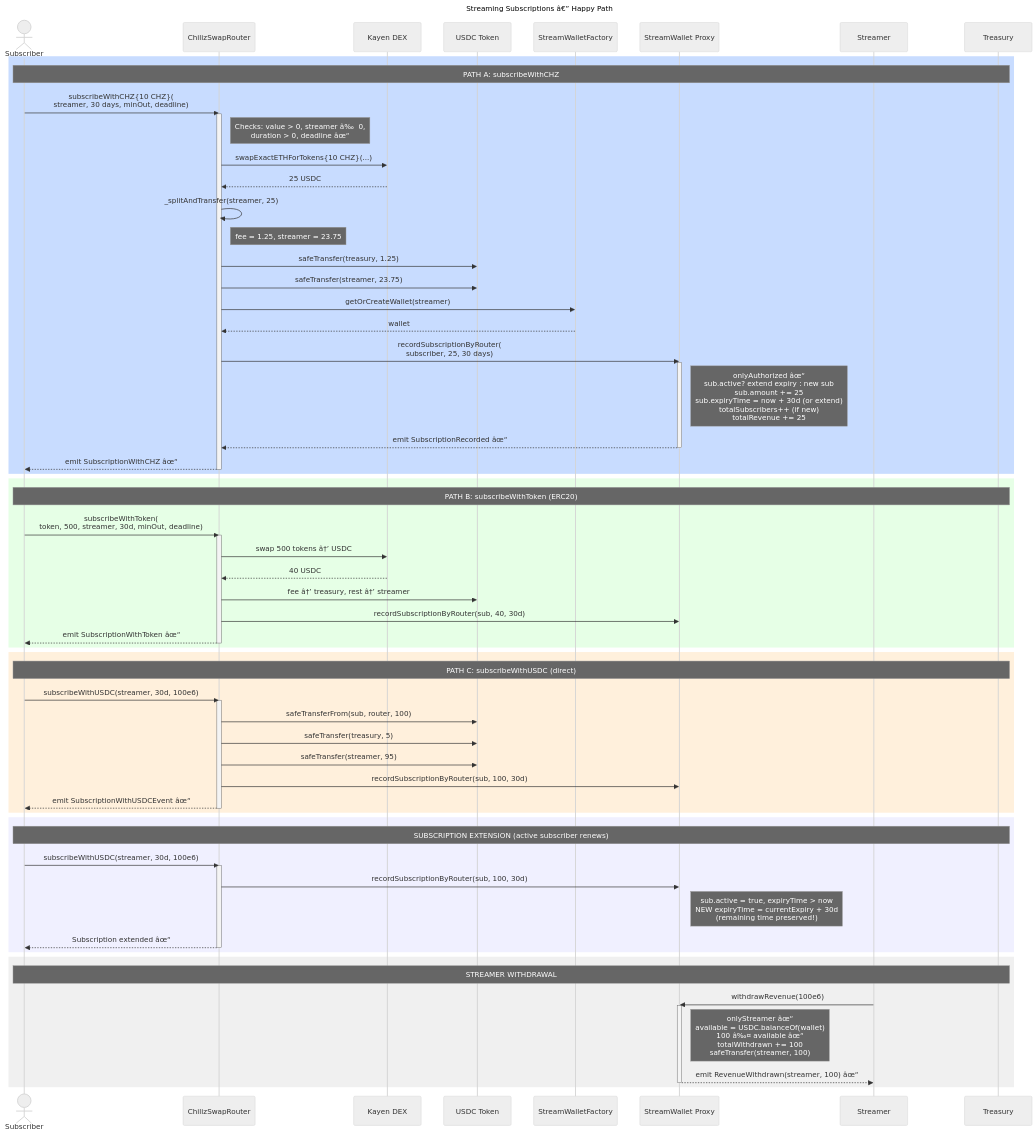
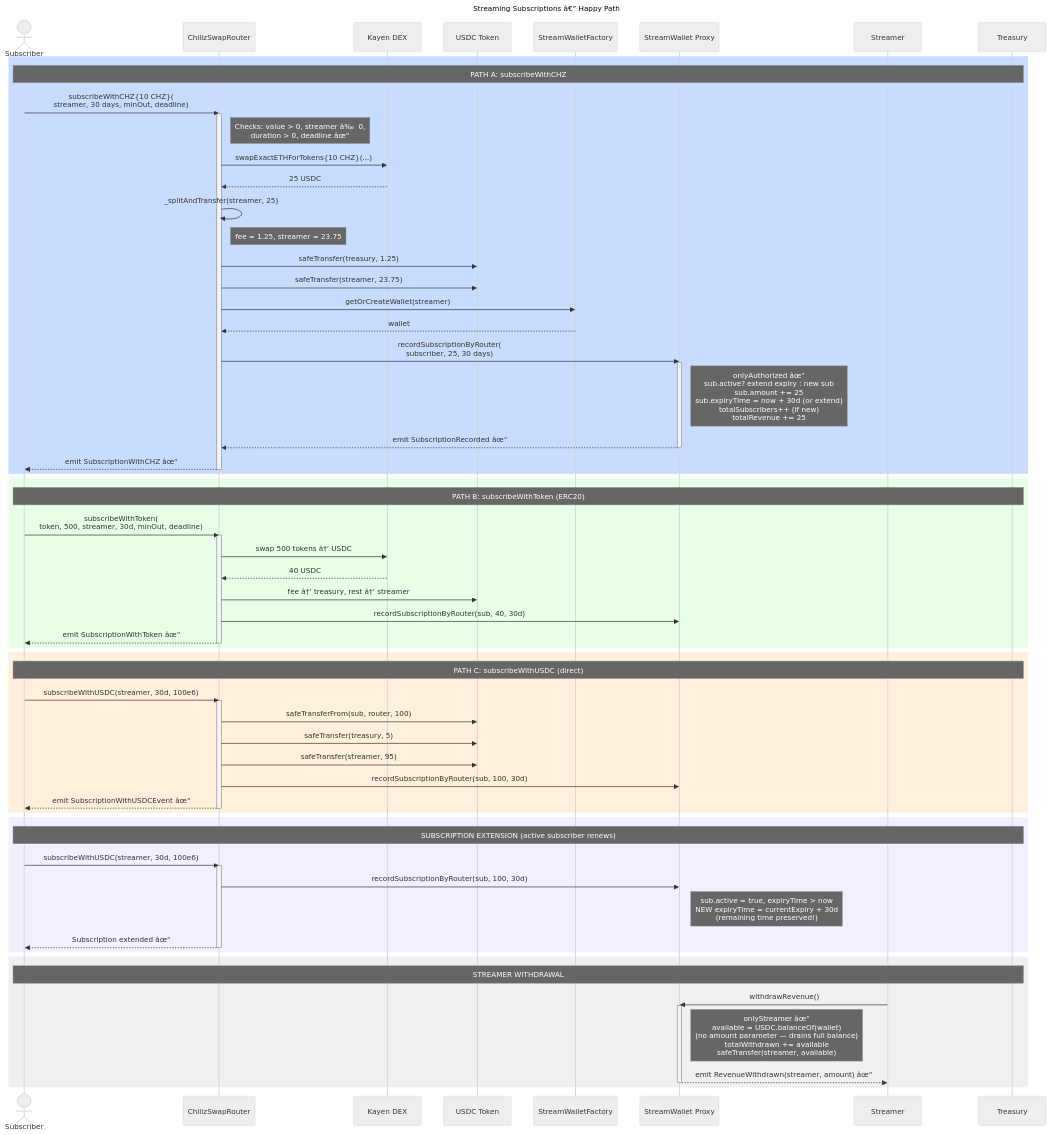
Before and after one commit to ChilizTV/smart-contracts: the sixth of 8 diagrams in SEQUENCE_DIAGRAMS.md, drawn with Mermaid (neutral theme). The commit also changed other lines of this file and 15 other files, not shown here.

````diff
--- a/SEQUENCE_DIAGRAMS.md
+++ b/SEQUENCE_DIAGRAMS.md
@@ -642,10 +646,10 @@
     rect rgb(240, 240, 240)
         Note over Sub,Treasury: STREAMER WITHDRAWAL
 
-        Streamer->>Wallet: withdrawRevenue(100e6)
+        Streamer->>Wallet: withdrawRevenue()
         activate Wallet
-        Note right of Wallet: onlyStreamer âœ“<br/>available = USDC.balanceOf(wallet)<br/>100 â‰¤ available âœ“<br/>totalWithdrawn += 100<br/>safeTransfer(streamer, 100)
-        Wallet-->>Streamer: emit RevenueWithdrawn(streamer, 100) âœ“
+        Note right of Wallet: onlyStreamer âœ“<br/>available = USDC.balanceOf(wallet)<br/>(no amount parameter — drains full balance)<br/>totalWithdrawn += available<br/>safeTransfer(streamer, available)
+        Wallet-->>Streamer: emit RevenueWithdrawn(streamer, amount) âœ“
         deactivate Wallet
     end
 ```
````
